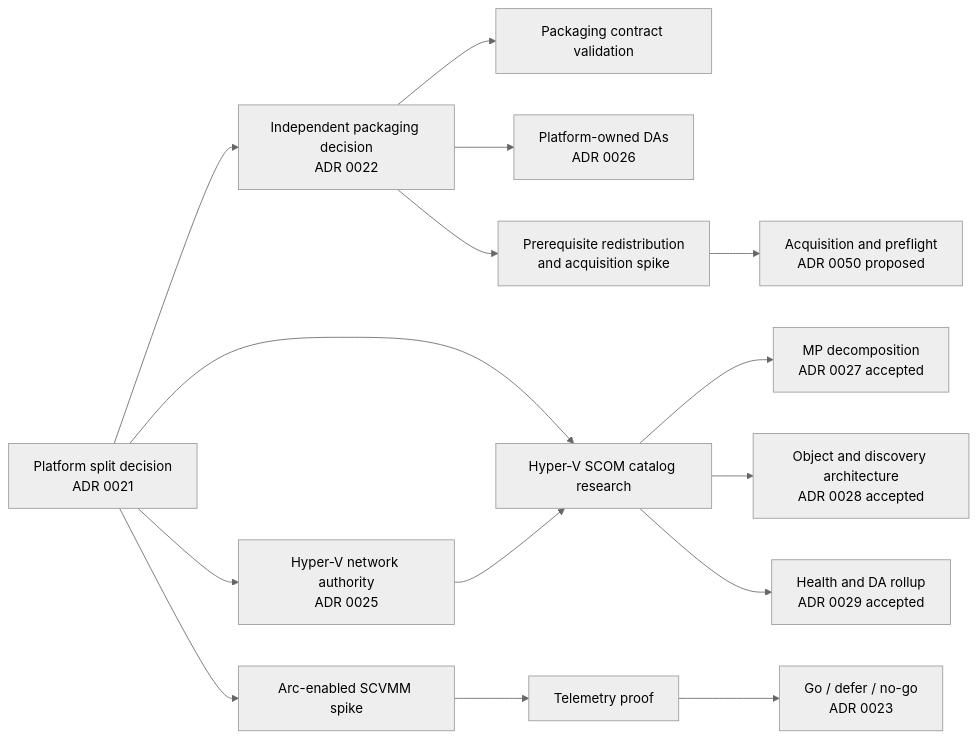
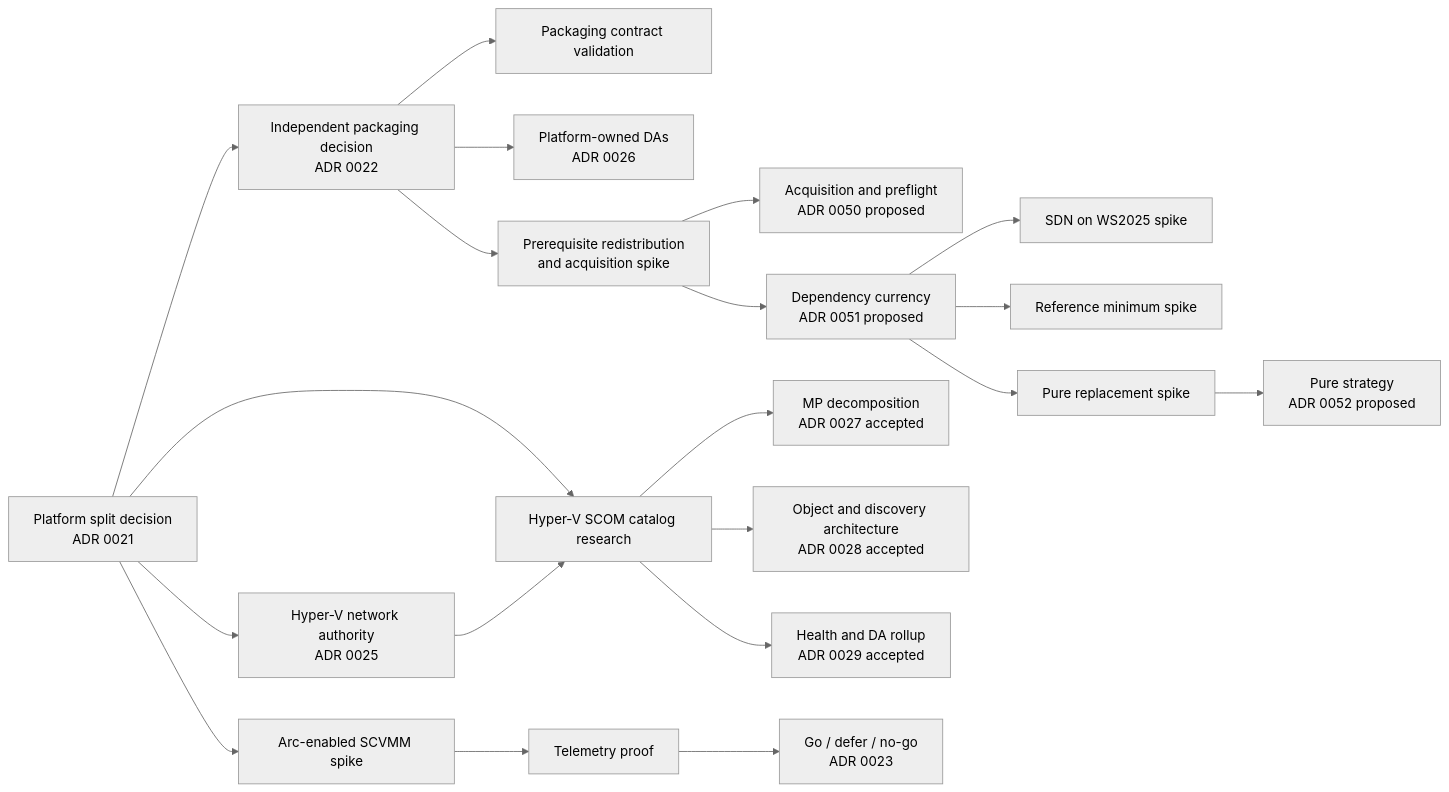
The diagram in docs/design/research-spikes.md (Hybrid-Solutions-Cloud/hybrid-health-monitoring), drawn with Mermaid (neutral theme) before and after one commit. The commit also changed other lines of this file and 6 other files, not shown here.

First line of the commit message:
feat(design): dependency currency audit, ADRs 0051 and 0052, three spikes AB#7319

````diff
--- a/docs/design/research-spikes.md
+++ b/docs/design/research-spikes.md
@@ -21,17 +24,22 @@
 ```mermaid
 flowchart LR
     P[Platform split decision<br/>ADR 0021] --> Pkg[Independent packaging decision<br/>ADR 0022]
     Pkg --> S1[Packaging contract validation]
     Pkg --> DA[Platform-owned DAs<br/>ADR 0026]
     P --> S2[Hyper-V SCOM catalog research]
     P --> Net[Hyper-V network authority<br/>ADR 0025]
     Net --> S2
     S2 --> MP[MP decomposition<br/>ADR 0027 accepted]
     S2 --> OBJ[Object and discovery architecture<br/>ADR 0028 accepted]
     S2 --> HEALTH[Health and DA rollup<br/>ADR 0029 accepted]
     P --> S3[Arc-enabled SCVMM spike]
     S3 --> S4[Telemetry proof]
     S4 --> Arc[Go / defer / no-go<br/>ADR 0023]
     Pkg --> Redist[Prerequisite redistribution<br/>and acquisition spike]
     Redist --> Pre[Acquisition and preflight<br/>ADR 0050 proposed]
+    Redist --> Cur[Dependency currency<br/>ADR 0051 proposed]
+    Cur --> SDNv[SDN on WS2025 spike]
+    Cur --> Minv[Reference minimum spike]
+    Cur --> PureR[Pure replacement spike]
+    PureR --> PureA[Pure strategy<br/>ADR 0052 proposed]
 ```
````
